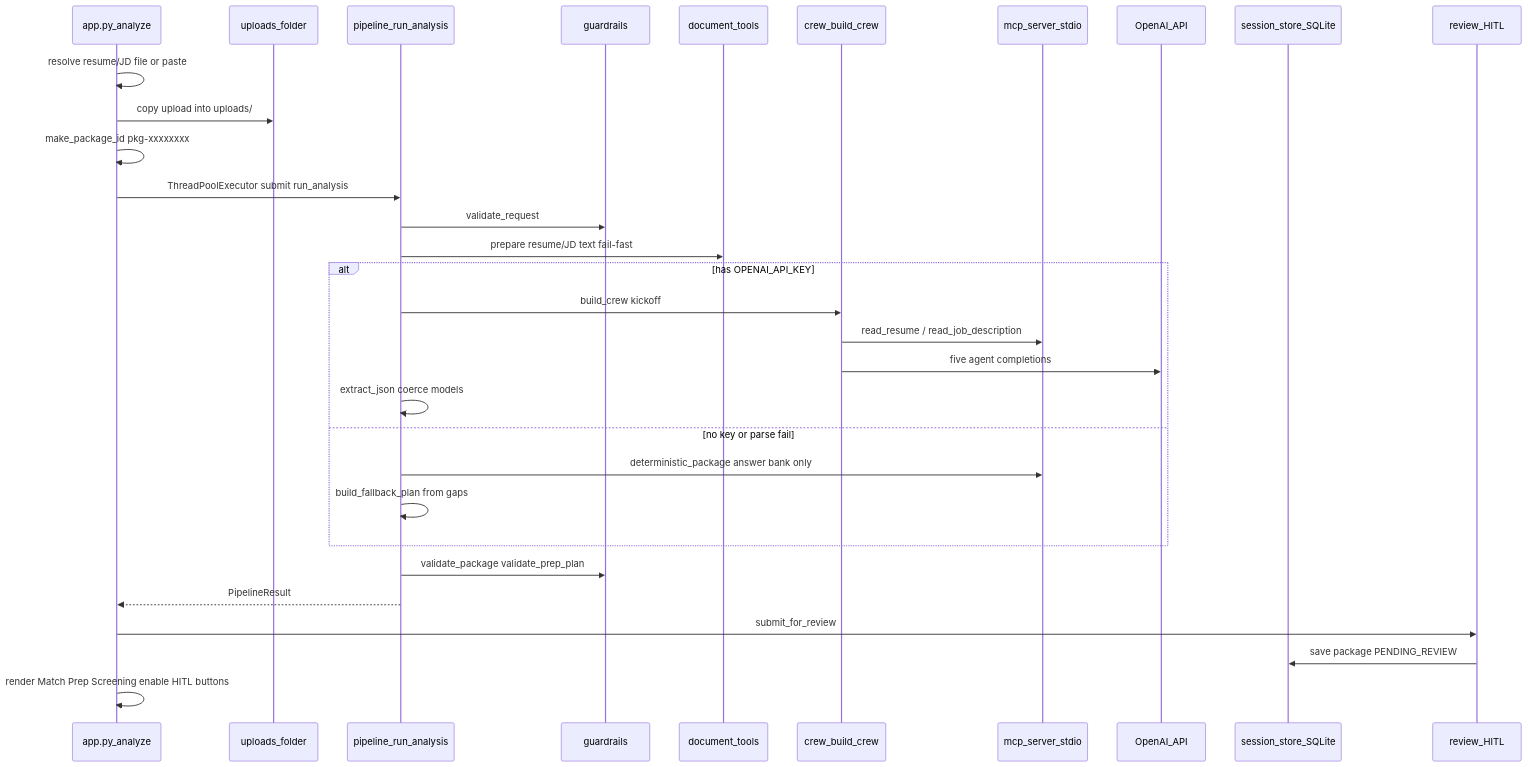
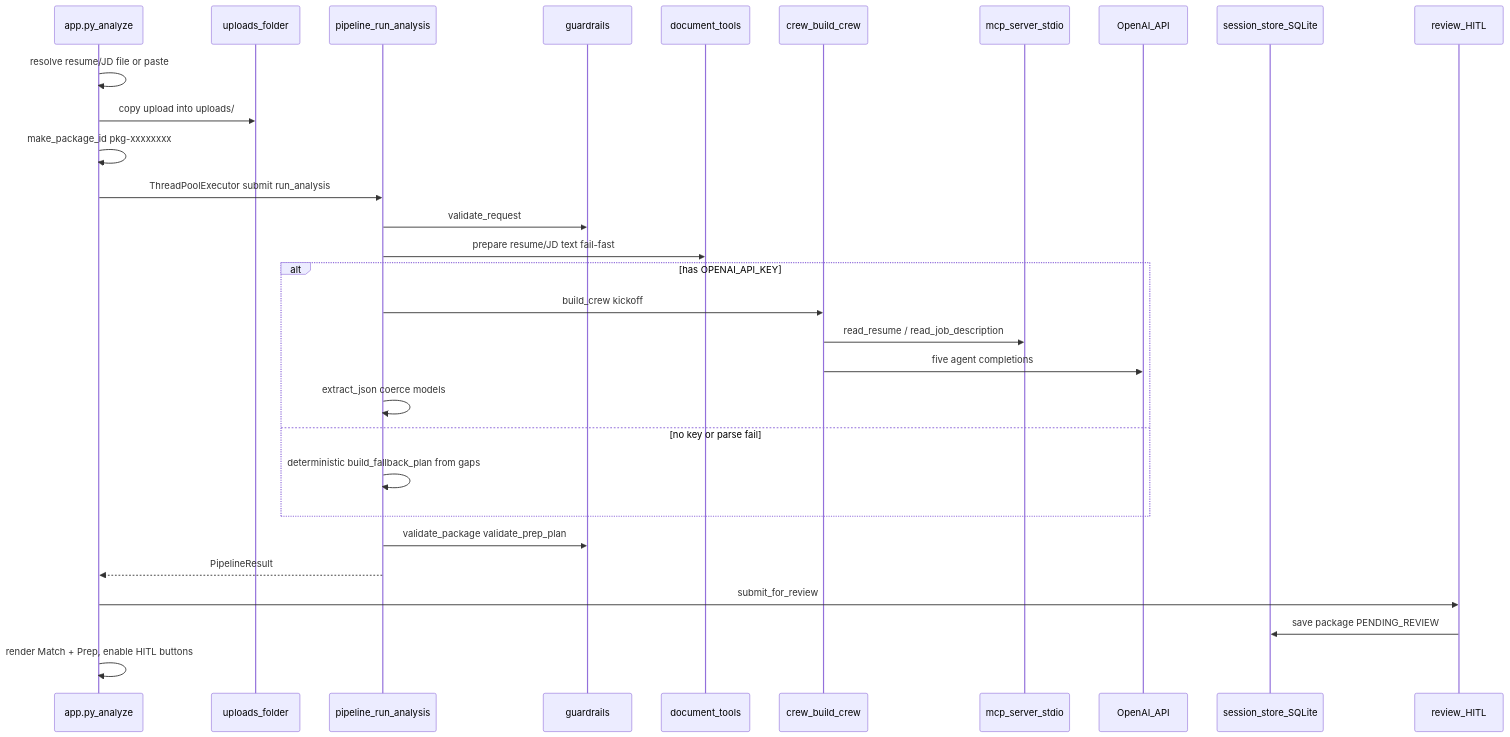
The diagram in docs/CODE_PATH_ANALYZE.md (helenapedro/careercrew), drawn with Mermaid before and after one commit. The commit also changed other lines of this file and 53 other files, not shown here.

````diff
--- a/docs/CODE_PATH_ANALYZE.md
+++ b/docs/CODE_PATH_ANALYZE.md
@@ -25,34 +25,33 @@
 ```mermaid
 sequenceDiagram
   participant UI as app.py_analyze
   participant FS as uploads_folder
   participant PL as pipeline_run_analysis
   participant GR as guardrails
   participant DT as document_tools
   participant CR as crew_build_crew
   participant MCP as mcp_server_stdio
   participant LLM as OpenAI_API
   participant DB as session_store_SQLite
   participant REV as review_HITL
 
   UI->>UI: resolve resume/JD file or paste
   UI->>FS: copy upload into uploads/
   UI->>UI: make_package_id pkg-xxxxxxxx
   UI->>PL: ThreadPoolExecutor submit run_analysis
   PL->>GR: validate_request
   PL->>DT: prepare resume/JD text fail-fast
   alt has OPENAI_API_KEY
     PL->>CR: build_crew kickoff
     CR->>MCP: read_resume / read_job_description
     CR->>LLM: five agent completions
     PL->>PL: extract_json coerce models
   else no key or parse fail
-    PL->>MCP: deterministic_package answer bank only
-    PL->>PL: build_fallback_plan from gaps
+    PL->>PL: deterministic build_fallback_plan from gaps
   end
   PL->>GR: validate_package validate_prep_plan
   PL-->>UI: PipelineResult
   UI->>REV: submit_for_review
   REV->>DB: save package PENDING_REVIEW
-  UI->>UI: render Match Prep Screening enable HITL buttons
+  UI->>UI: render Match + Prep, enable HITL buttons
 ```
````
